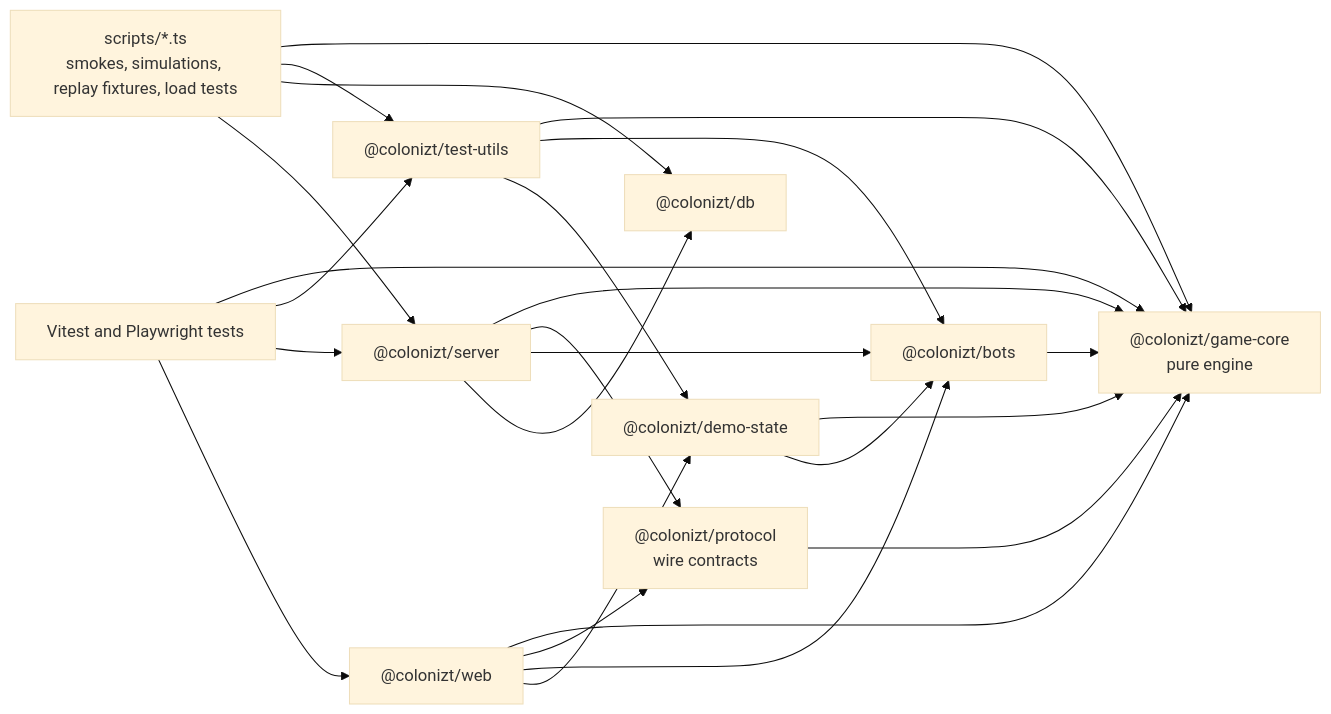
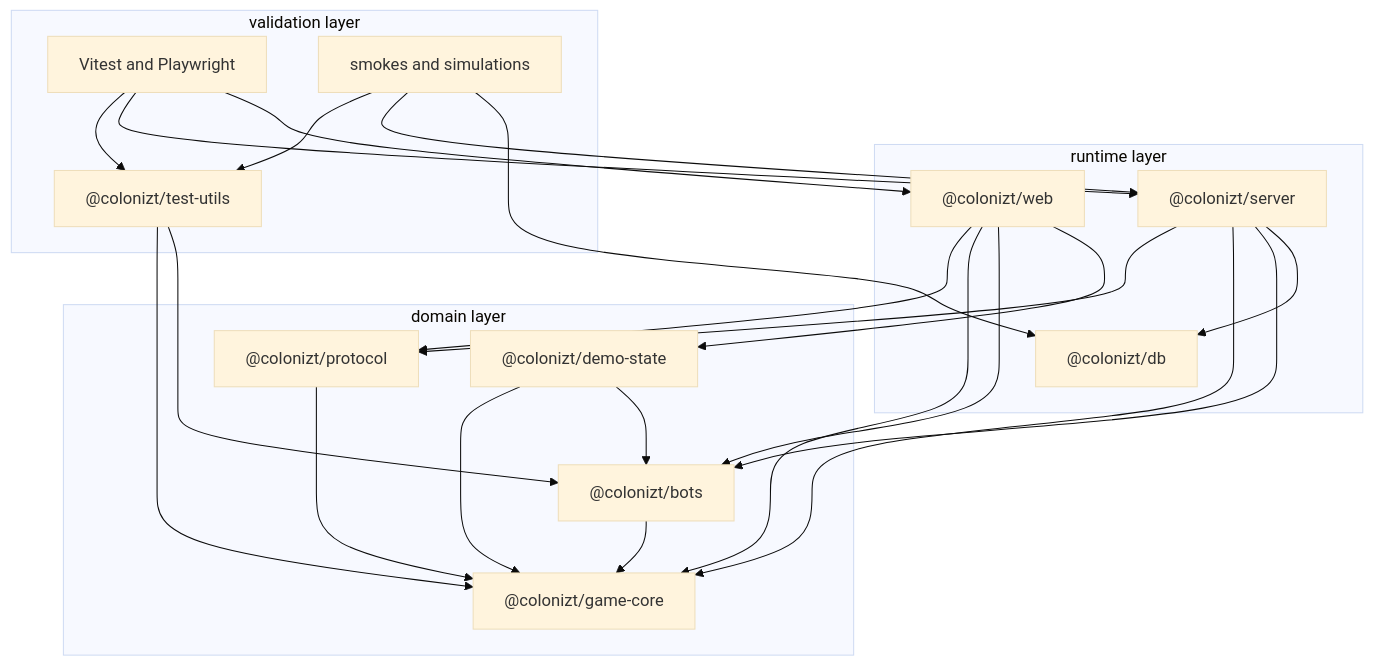
One commit to sahnsookyung/colonizt changed the fourth of 10 diagrams in docs/architecture.md. Above: the diagram before and after it, drawn with Mermaid (base theme). The commit also changed other lines of this file and 48 other files, not shown here.

````diff
--- a/docs/architecture.md
+++ b/docs/architecture.md
@@ -77,37 +175,45 @@
 ```mermaid
-flowchart LR
-  gameCore["@colonizt/game-core<br/>pure engine"]
-  protocol["@colonizt/protocol<br/>wire contracts"]
-  bots["@colonizt/bots"]
-  demoState["@colonizt/demo-state"]
-  testUtils["@colonizt/test-utils"]
-  db["@colonizt/db"]
-  server["@colonizt/server"]
-  web["@colonizt/web"]
-  scripts["scripts/*.ts<br/>smokes, simulations, replay fixtures, load tests"]
-  tests["Vitest and Playwright tests"]
+flowchart TB
+  subgraph domain["domain layer"]
+    core["@colonizt/game-core"]
+    protocol["@colonizt/protocol"]
+    bots["@colonizt/bots"]
+    demo["@colonizt/demo-state"]
+  end
 
-  protocol --> gameCore
-  bots --> gameCore
-  demoState --> gameCore
-  demoState --> bots
-  testUtils --> gameCore
-  testUtils --> bots
-  testUtils --> demoState
-  server --> gameCore
+  subgraph runtime["runtime layer"]
+    server["@colonizt/server"]
+    web["@colonizt/web"]
+    db["@colonizt/db"]
+  end
+
+  subgraph validation["validation layer"]
+    tests["Vitest and Playwright"]
+    scripts["smokes and simulations"]
+    testUtils["@colonizt/test-utils"]
+  end
+
+  protocol --> core
+  bots --> core
+  demo --> core
+  demo --> bots
+
   server --> protocol
+  server --> core
   server --> bots
   server --> db
-  web --> gameCore
+
   web --> protocol
+  web --> core
   web --> bots
-  web --> demoState
-  scripts --> gameCore
-  scripts --> testUtils
-  scripts --> db
-  scripts --> server
-  tests --> gameCore
+  web --> demo
+
+  testUtils --> core
+  testUtils --> bots
   tests --> testUtils
   tests --> server
   tests --> web
+  scripts --> testUtils
+  scripts --> server
+  scripts --> db
 ```
````
